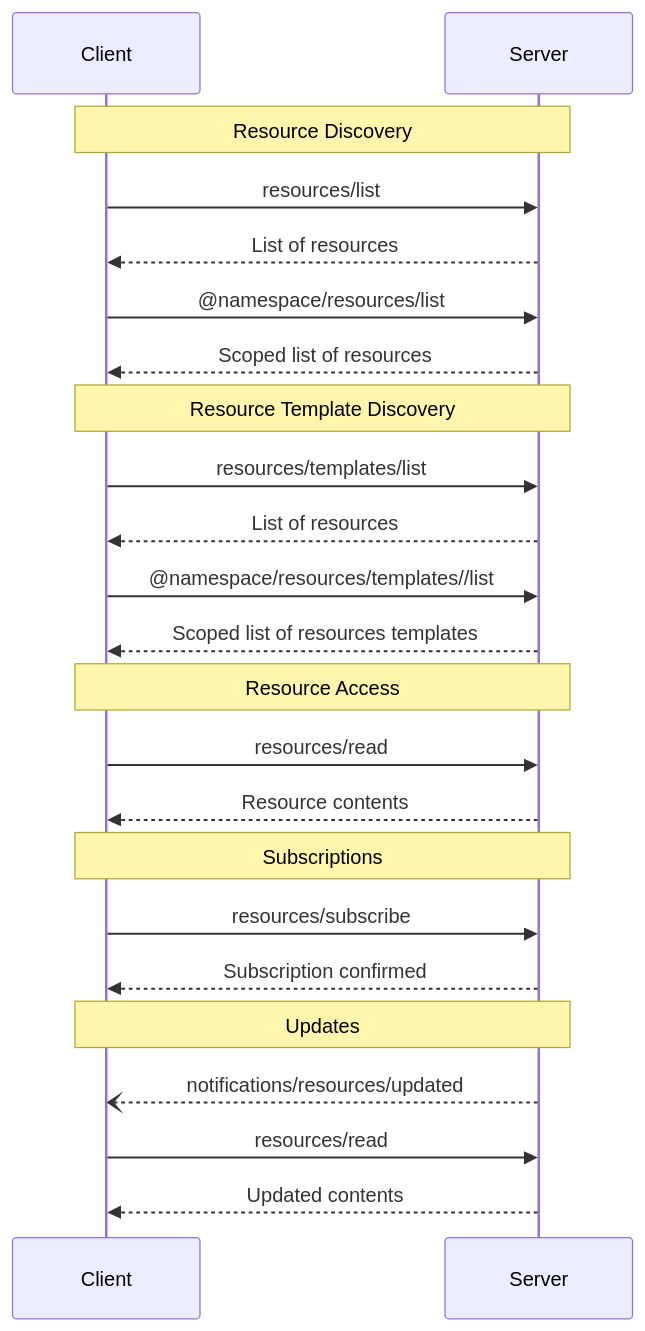
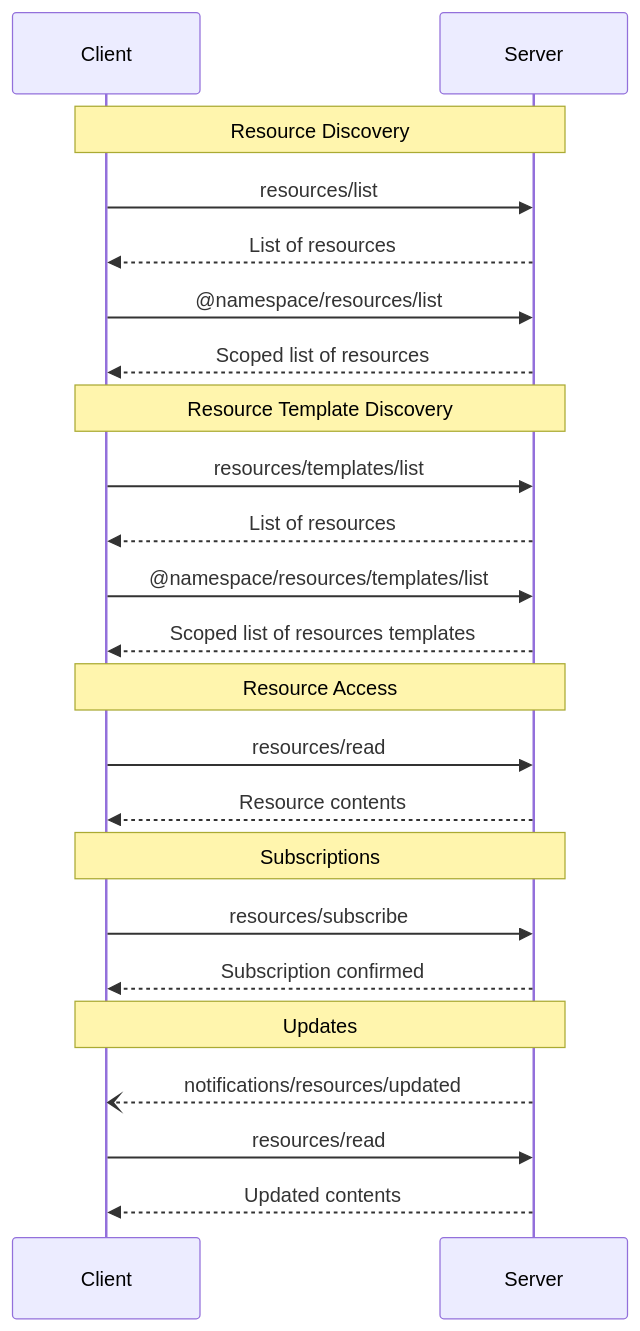
The diagram in docs/specification/draft/server/resources.mdx (modelcontextprotocol/specification), drawn with Mermaid before and after one commit. The commit also changed 1 other file, not shown here.

````diff
--- a/docs/specification/draft/server/resources.mdx
+++ b/docs/specification/draft/server/resources.mdx
@@ -237,30 +237,30 @@
 ```mermaid
 sequenceDiagram
     participant Client
     participant Server
 
     Note over Client,Server: Resource Discovery
     Client->>Server: resources/list
     Server-->>Client: List of resources
     Client->>Server: @namespace/resources/list
     Server-->>Client: Scoped list of resources
 
     Note over Client,Server: Resource Template Discovery
     Client->>Server: resources/templates/list
     Server-->>Client: List of resources
-    Client->>Server: @namespace/resources/templates//list
+    Client->>Server: @namespace/resources/templates/list
     Server-->>Client: Scoped list of resources templates
 
     Note over Client,Server: Resource Access
     Client->>Server: resources/read
     Server-->>Client: Resource contents
 
     Note over Client,Server: Subscriptions
     Client->>Server: resources/subscribe
     Server-->>Client: Subscription confirmed
 
     Note over Client,Server: Updates
     Server--)Client: notifications/resources/updated
     Client->>Server: resources/read
     Server-->>Client: Updated contents
 ```
````
